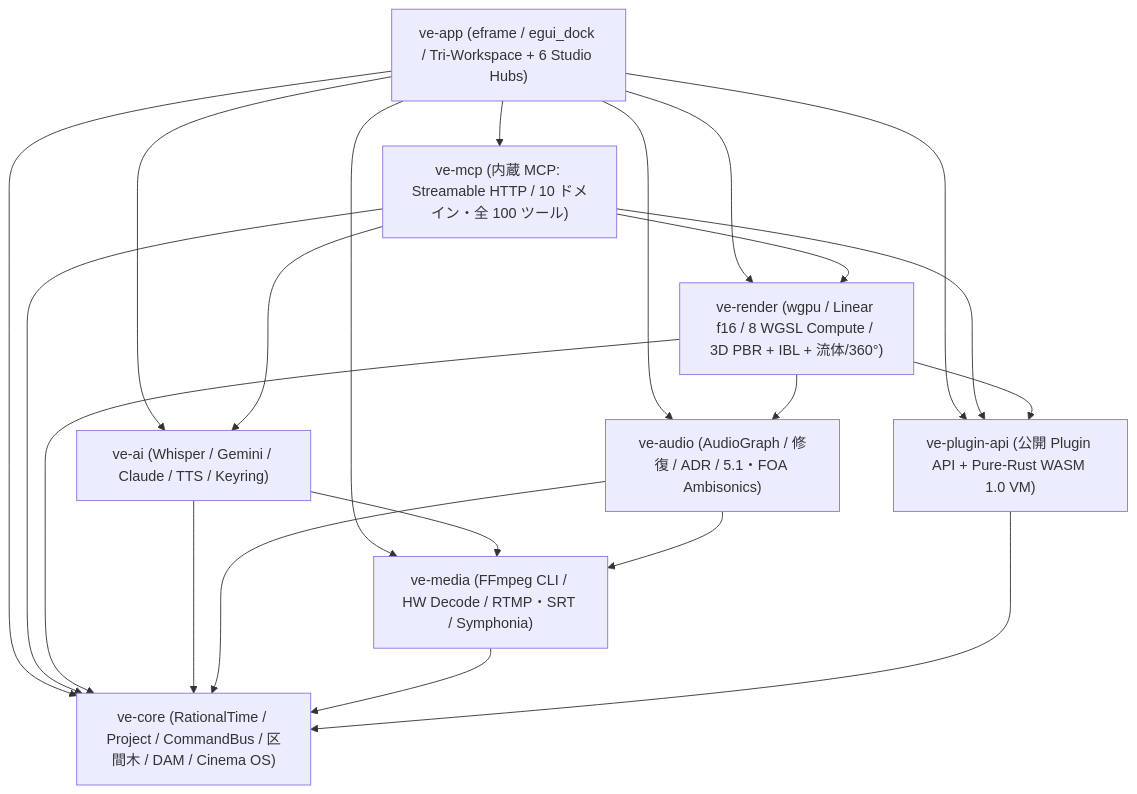
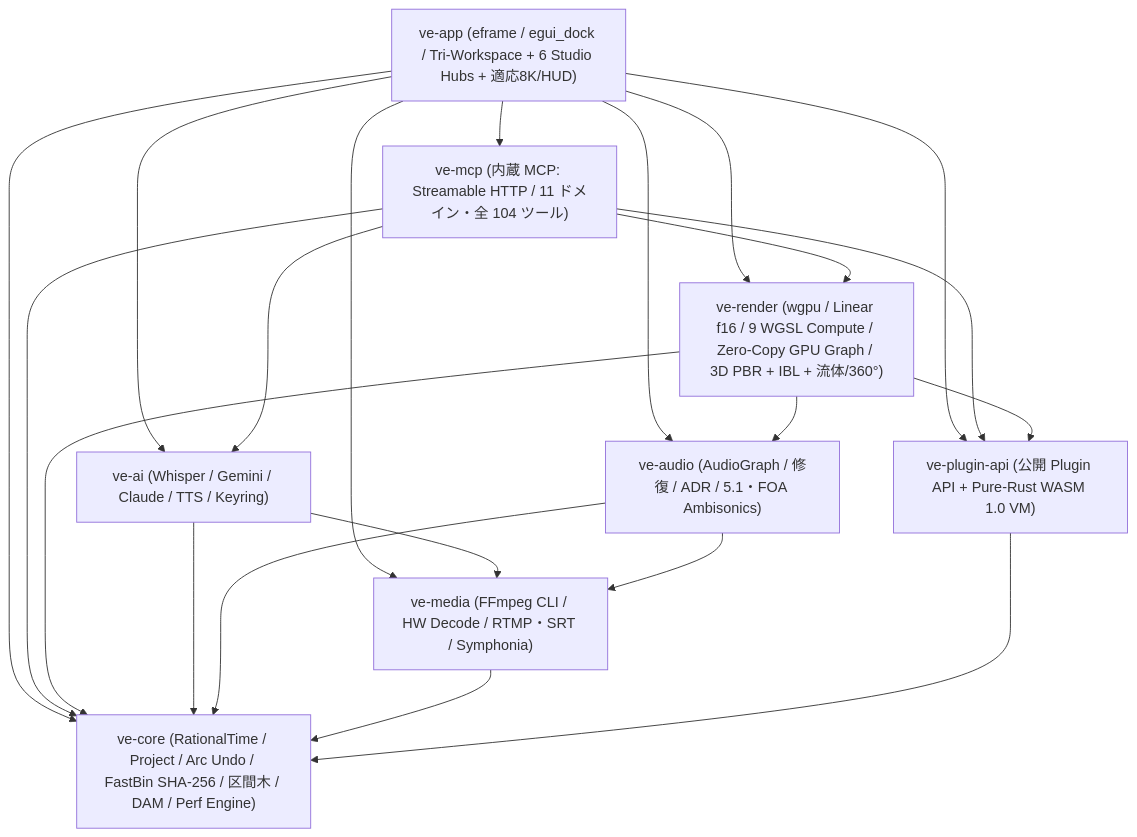
One commit to 0tsu-0w0/video-editing-app_AG changed the diagram in docs/architecture.md. Above: the diagram before and after it, drawn with Mermaid. The commit also changed other lines of this file and 25 other files, not shown here.

Commit message:
feat(v11.0): zero-copy GPU graph, adaptive 8K playback, FastBin SHA-256 & profiler HUD (#61-#64)

````diff
--- a/docs/architecture.md
+++ b/docs/architecture.md
@@ -7,37 +7,37 @@
 ```mermaid
 flowchart TD
-    app["ve-app (eframe / egui_dock / Tri-Workspace + 6 Studio Hubs)"]
-    mcp["ve-mcp (内蔵 MCP: Streamable HTTP / 10 ドメイン・全 100 ツール)"]
-    render["ve-render (wgpu / Linear f16 / 8 WGSL Compute / 3D PBR + IBL + 流体/360°)"]
+    app["ve-app (eframe / egui_dock / Tri-Workspace + 6 Studio Hubs + 適応8K/HUD)"]
+    mcp["ve-mcp (内蔵 MCP: Streamable HTTP / 11 ドメイン・全 104 ツール)"]
+    render["ve-render (wgpu / Linear f16 / 9 WGSL Compute / Zero-Copy GPU Graph / 3D PBR + IBL + 流体/360°)"]
     ai["ve-ai (Whisper / Gemini / Claude / TTS / Keyring)"]
     audio["ve-audio (AudioGraph / 修復 / ADR / 5.1・FOA Ambisonics)"]
     media["ve-media (FFmpeg CLI / HW Decode / RTMP・SRT / Symphonia)"]
     plugin["ve-plugin-api (公開 Plugin API + Pure-Rust WASM 1.0 VM)"]
-    core["ve-core (RationalTime / Project / CommandBus / 区間木 / DAM / Cinema OS)"]
+    core["ve-core (RationalTime / Project / Arc Undo / FastBin SHA-256 / 区間木 / DAM / Perf Engine)"]
 
     app --> mcp
     app --> render
     app --> ai
     app --> audio
     app --> media
     app --> plugin
     app --> core
 
     mcp --> render
     mcp --> ai
     mcp --> plugin
     mcp --> core
 
     render --> audio
     render --> plugin
     render --> core
 
     ai --> media
     ai --> core
 
     audio --> media
     audio --> core
 
     media --> core
     plugin --> core
 ```
````
